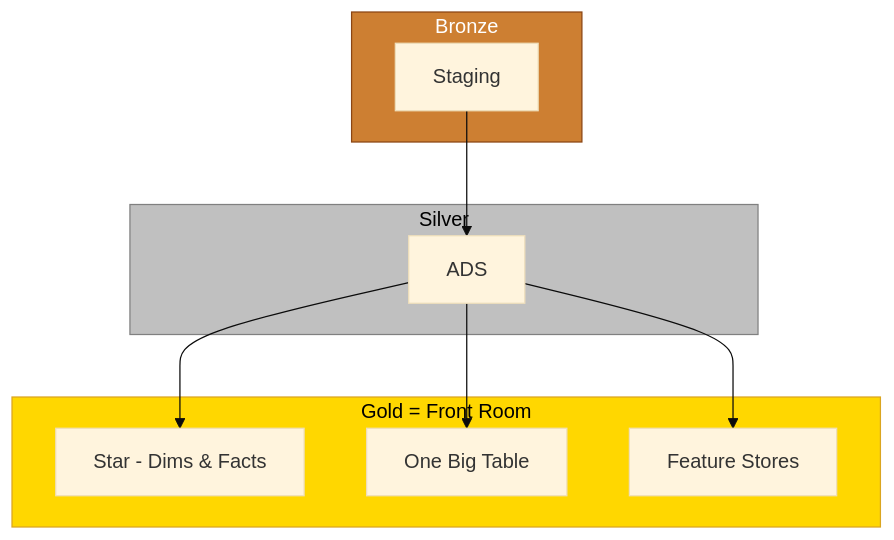
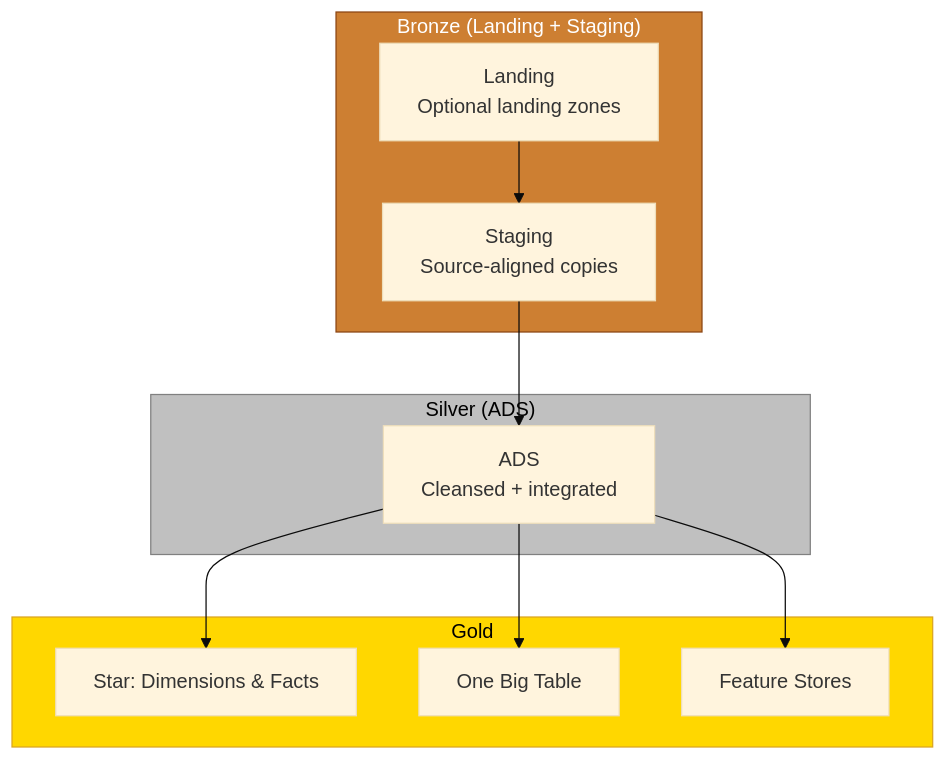
The second of 2 diagrams in Technical Guideline Ops/Architectural Principles/Medallion - Bronze Silver Gold.md (PlainsightPro/Vision-Playbook), drawn with Mermaid before and after one commit. The commit also changed other lines of this file and 18 other files, not shown here.

Commit message:
Updated to better align with Bronze/Silver/Gold

````diff
--- a/Technical Guideline Ops/Architectural Principles/Medallion - Bronze Silver Gold.md
+++ b/Technical Guideline Ops/Architectural Principles/Medallion - Bronze Silver Gold.md
@@ -43,22 +49,26 @@
 ```mermaid
 %%{init: { "flowchart": { "useMaxWidth": true, "curve": "basis" }, "theme": "base" } }%%
 flowchart TB
-    subgraph Bronze["Bronze"]
-        Staging[Staging]
+    subgraph Bronze["Bronze (Landing + Staging)"]
+        Landing[Landing<br/>Optional landing zones]
+        Staging[Staging<br/>Source-aligned copies]
     end
     
-    subgraph Silver["Silver"]
-        ADS[ADS]
+    subgraph Silver["Silver (ADS)"]
+        ADS[ADS<br/>Cleansed + integrated]
     end
     
-    subgraph Gold["Gold = Front Room"]
-        Dims[Star - Dims & Facts] & Facts[One Big Table] & Feat[Feature Stores]
+    subgraph Gold["Gold"]
+        Dims[Star: Dimensions & Facts]
+        OBT[One Big Table]
+        Feat[Feature Stores]
     end
     
-    Staging --> ADS
-    ADS --> Dims & Facts & Feat
+    Landing --> Staging --> ADS --> Dims
+    ADS --> OBT
+    ADS --> Feat
     
     style Bronze fill:#CD7F32,stroke:#8B4513,color:#FFFFFF
     style Silver fill:#C0C0C0,stroke:#808080,color:#000000
     style Gold fill:#FFD700,stroke:#DAA520,color:#000000
 ```
````
